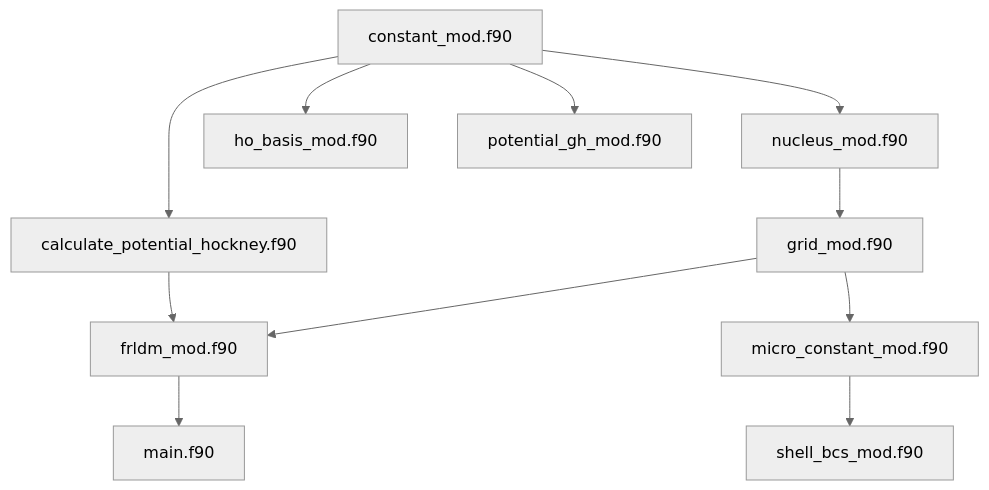
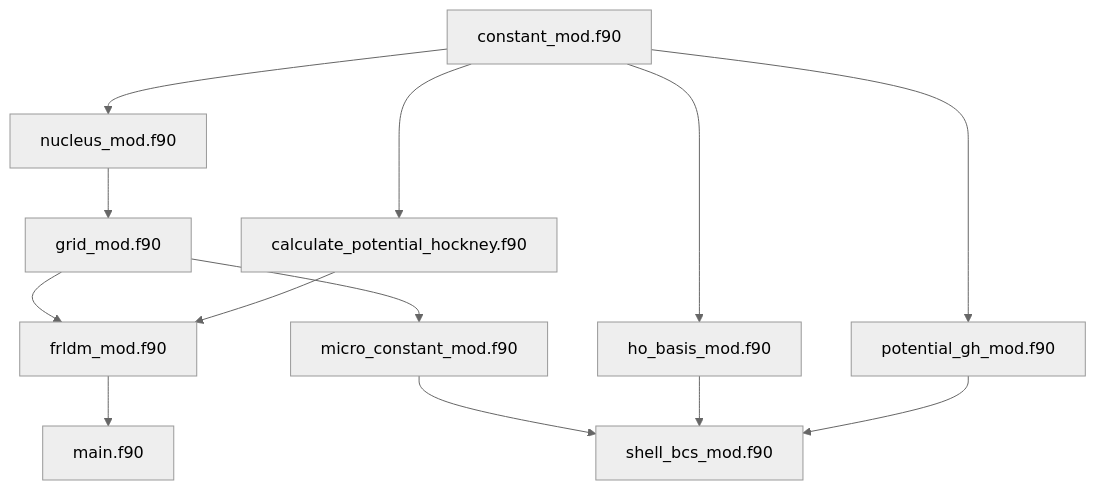
The first of 2 diagrams in README.md (tanamarugithuber/Microscopic-Macroscopic-), drawn with Mermaid (neutral theme) before and after one commit. The commit also changed other lines of this file and 2 other files, not shown here.

First line of the commit message:
Strutinsky shell correction and BCS pairing correction in shell_bcs_mod

````diff
--- a/README.md
+++ b/README.md
@@ -25,13 +25,15 @@
 ```mermaid
 graph TD;
     constant_mod.f90-->nucleus_mod.f90;
     nucleus_mod.f90-->grid_mod.f90;
     grid_mod.f90-->frldm_mod.f90;
     calculate_potential_hockney.f90-->frldm_mod.f90;
     frldm_mod.f90-->main.f90;
     constant_mod.f90-->calculate_potential_hockney.f90;
     constant_mod.f90-->ho_basis_mod.f90;
     constant_mod.f90-->potential_gh_mod.f90;
     grid_mod.f90-->micro_constant_mod.f90;
     micro_constant_mod.f90-->shell_bcs_mod.f90;
+    ho_basis_mod.f90-->shell_bcs_mod.f90;
+    potential_gh_mod.f90-->shell_bcs_mod.f90;
 ```
````
